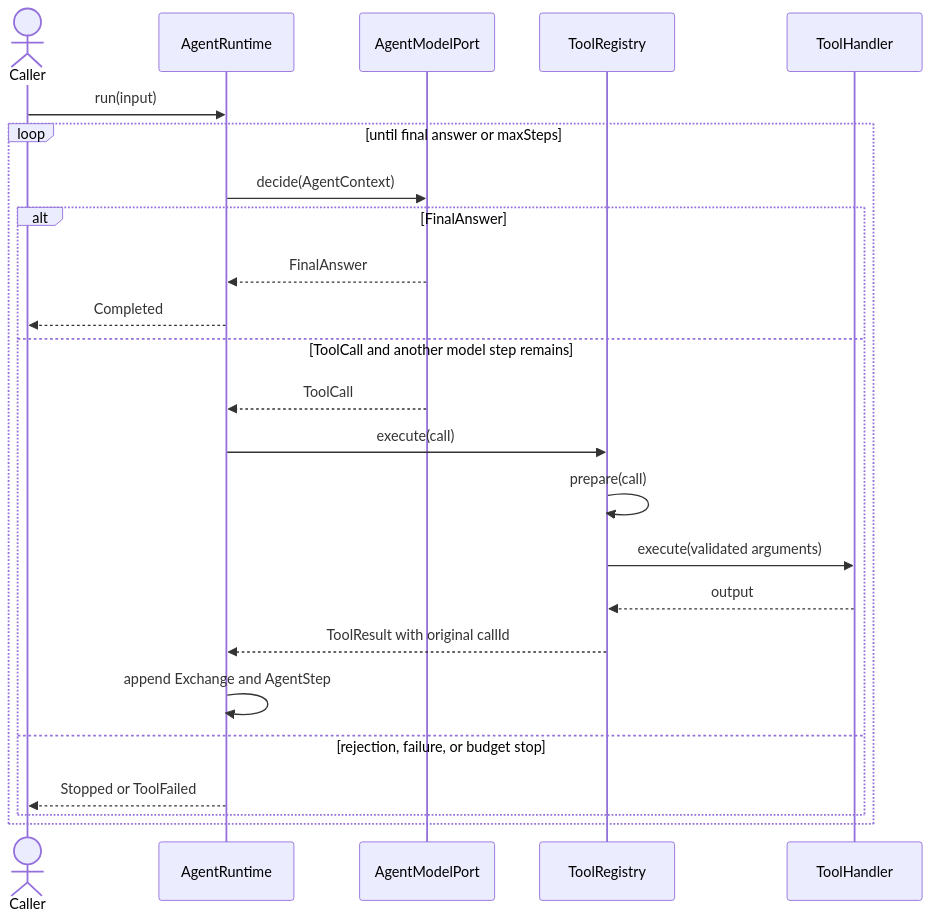
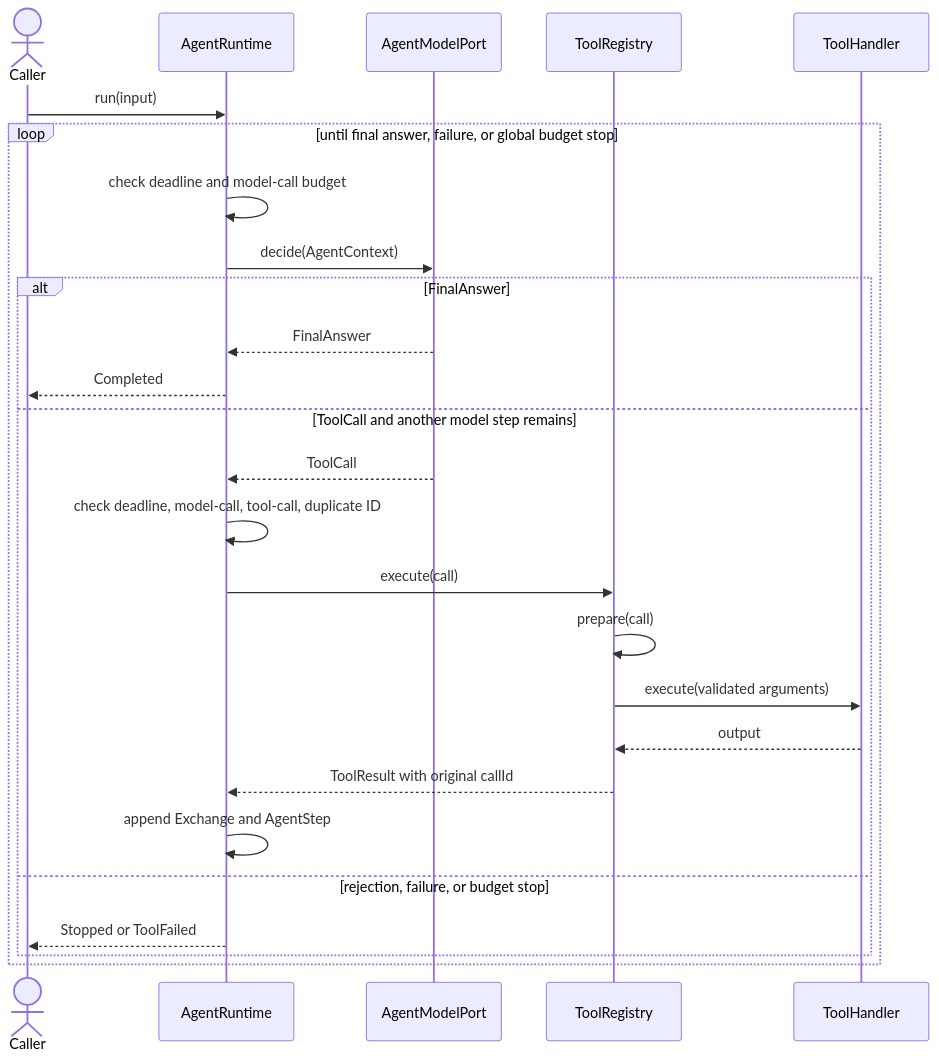
Before and after one commit to jamienlu/pickagent: the sixth of 8 diagrams in responses-agent-runtime/docs/architecture.md, drawn with Mermaid. The commit also changed other lines of this file and 78 other files, not shown here.

````diff
--- a/responses-agent-runtime/docs/architecture.md
+++ b/responses-agent-runtime/docs/architecture.md
@@ -271,27 +331,29 @@
 ```mermaid
 sequenceDiagram
     actor Caller
     participant R as AgentRuntime
     participant M as AgentModelPort
     participant T as ToolRegistry
     participant H as ToolHandler
 
     Caller->>R: run(input)
-    loop until final answer or maxSteps
+    loop until final answer, failure, or global budget stop
+        R->>R: check deadline and model-call budget
         R->>M: decide(AgentContext)
         alt FinalAnswer
             M-->>R: FinalAnswer
             R-->>Caller: Completed
         else ToolCall and another model step remains
             M-->>R: ToolCall
+            R->>R: check deadline, model-call, tool-call, duplicate ID
             R->>T: execute(call)
             T->>T: prepare(call)
             T->>H: execute(validated arguments)
             H-->>T: output
             T-->>R: ToolResult with original callId
             R->>R: append Exchange and AgentStep
         else rejection, failure, or budget stop
             R-->>Caller: Stopped or ToolFailed
         end
     end
 ```
````
